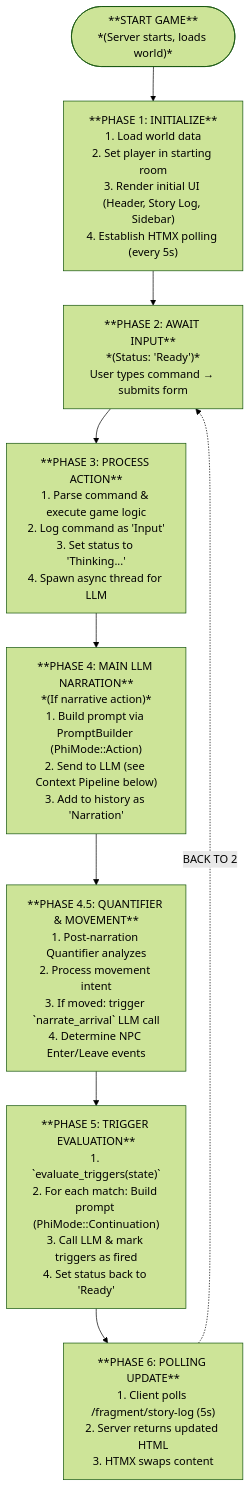
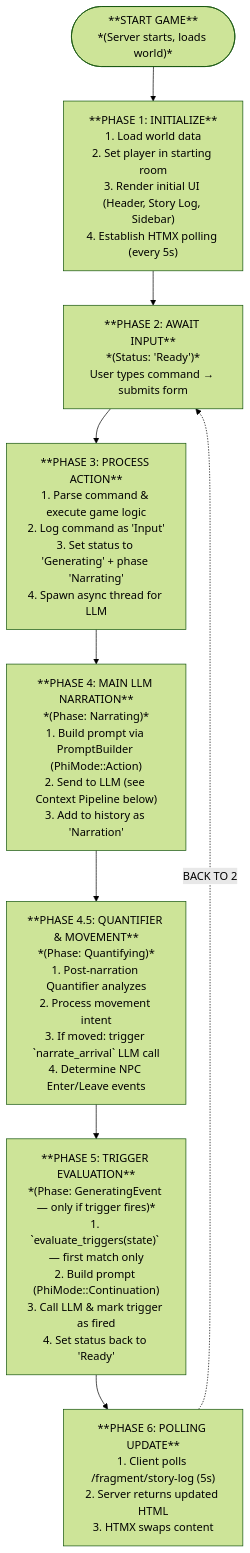
One commit to notsonormal/chronicler-engine changed the first of 2 diagrams in chronicler_engine/docs/system/game_flow.md. Above: the diagram before and after it, drawn with Mermaid (forest theme). The commit also changed other lines of this file and 21 other files, not shown here.

First line of the commit message:
feat(chronicler): granular status phases and trigger simplification

````diff
--- a/chronicler_engine/docs/system/game_flow.md
+++ b/chronicler_engine/docs/system/game_flow.md
@@ -9,27 +9,27 @@
 ```mermaid
 flowchart TD
     Start(["**START GAME**<br>*(Server starts, loads world)*"])
     
     Phase1["**PHASE 1: INITIALIZE**<br>1. Load world data<br>2. Set player in starting room<br>3. Render initial UI (Header, Story Log, Sidebar)<br>4. Establish HTMX polling (every 5s)"]
     
     Phase2["**PHASE 2: AWAIT INPUT**<br>*(Status: 'Ready')*<br>User types command → submits form"]
     
-    Phase3["**PHASE 3: PROCESS ACTION**<br>1. Parse command & execute game logic<br>2. Log command as 'Input'<br>3. Set status to 'Thinking...'<br>4. Spawn async thread for LLM"]
+    Phase3["**PHASE 3: PROCESS ACTION**<br>1. Parse command & execute game logic<br>2. Log command as 'Input'<br>3. Set status to 'Generating' + phase 'Narrating'<br>4. Spawn async thread for LLM"]
     
-    Phase4["**PHASE 4: MAIN LLM NARRATION**<br>*(If narrative action)*<br>1. Build prompt via PromptBuilder (PhiMode::Action)<br>2. Send to LLM (see Context Pipeline below)<br>3. Add to history as 'Narration'"]
+    Phase4["**PHASE 4: MAIN LLM NARRATION**<br>*(Phase: Narrating)*<br>1. Build prompt via PromptBuilder (PhiMode::Action)<br>2. Send to LLM (see Context Pipeline below)<br>3. Add to history as 'Narration'"]
     
-    Phase45["**PHASE 4.5: QUANTIFIER & MOVEMENT**<br>1. Post-narration Quantifier analyzes<br>2. Process movement intent<br>3. If moved: trigger `narrate_arrival` LLM call<br>4. Determine NPC Enter/Leave events"]
+    Phase45["**PHASE 4.5: QUANTIFIER & MOVEMENT**<br>*(Phase: Quantifying)*<br>1. Post-narration Quantifier analyzes<br>2. Process movement intent<br>3. If moved: trigger `narrate_arrival` LLM call<br>4. Determine NPC Enter/Leave events"]
     
-    Phase5["**PHASE 5: TRIGGER EVALUATION**<br>1. `evaluate_triggers(state)`<br>2. For each match: Build prompt (PhiMode::Continuation)<br>3. Call LLM & mark triggers as fired<br>4. Set status back to 'Ready'"]
+    Phase5["**PHASE 5: TRIGGER EVALUATION**<br>*(Phase: GeneratingEvent — only if trigger fires)*<br>1. `evaluate_triggers(state)` — first match only<br>2. Build prompt (PhiMode::Continuation)<br>3. Call LLM & mark trigger as fired<br>4. Set status back to 'Ready'"]
     
     Phase6["**PHASE 6: POLLING UPDATE**<br>1. Client polls /fragment/story-log (5s)<br>2. Server returns updated HTML<br>3. HTMX swaps content"]
 
     Start --> Phase1
     Phase1 --> Phase2
     Phase2 --> Phase3
     Phase3 --> Phase4
     Phase4 --> Phase45
     Phase45 --> Phase5
     Phase5 --> Phase6
     Phase6 -.->|BACK TO 2| Phase2
 ```
````
